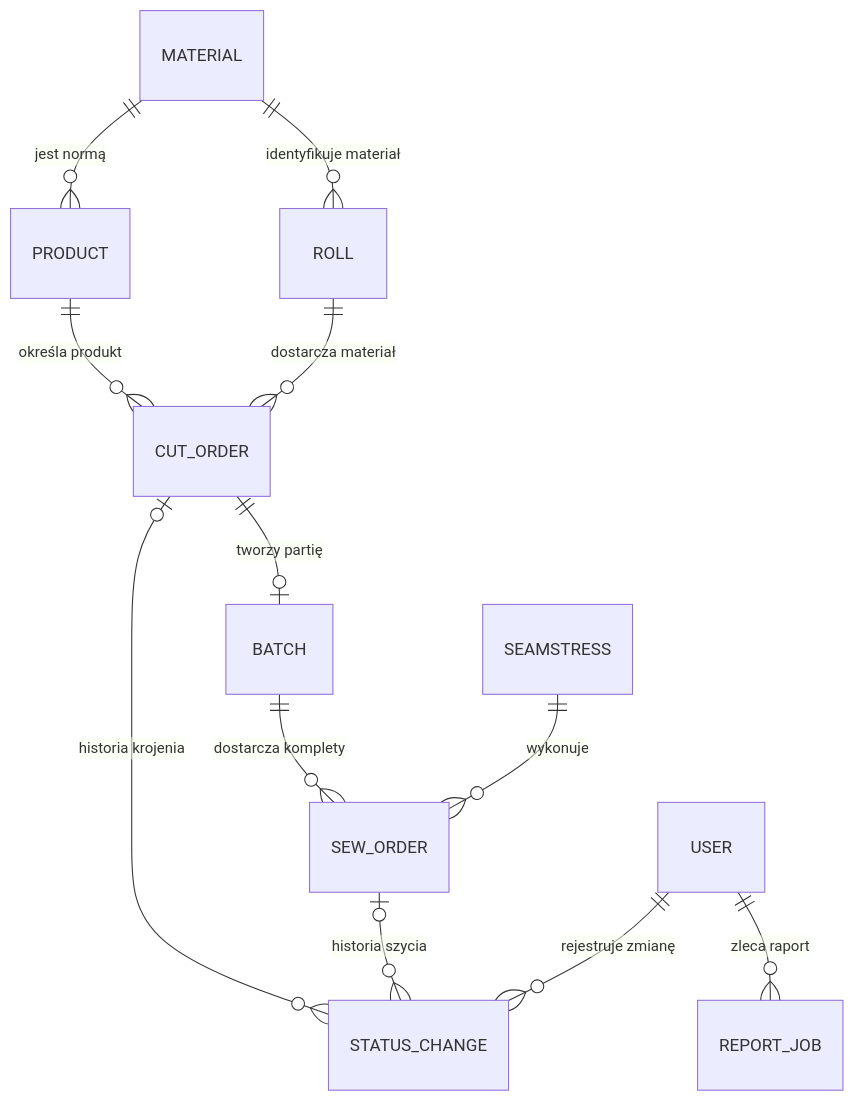
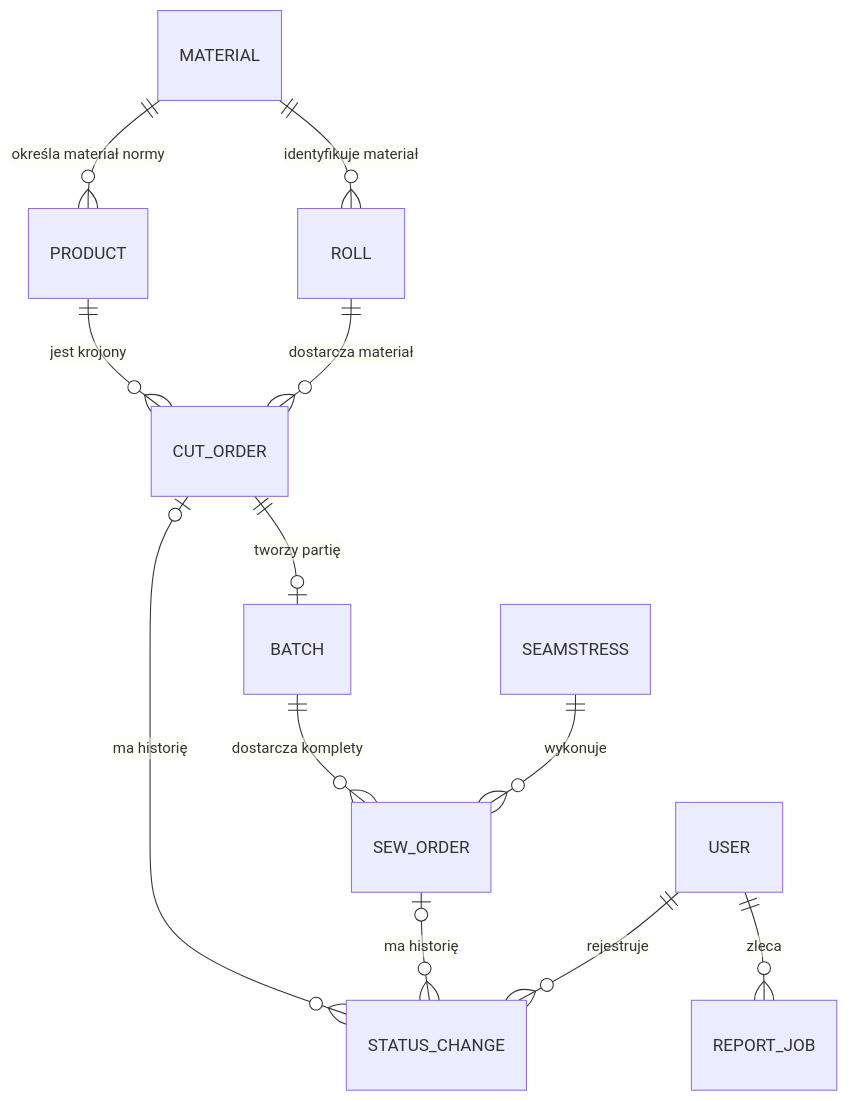
The second of 2 diagrams in README.md (Holingo/System-Zarzadzania-Szwalnia-IO), drawn with Mermaid before and after one commit. The commit also changed other lines of this file and 38 other files, not shown here.

````diff
--- a/README.md
+++ b/README.md
@@ -59,14 +88,14 @@
 ```mermaid
 erDiagram
-    MATERIAL ||--o{ PRODUCT : "jest normą"
+    MATERIAL ||--o{ PRODUCT : "określa materiał normy"
     MATERIAL ||--o{ ROLL : "identyfikuje materiał"
-    PRODUCT ||--o{ CUT_ORDER : "określa produkt"
+    PRODUCT ||--o{ CUT_ORDER : "jest krojony"
     ROLL ||--o{ CUT_ORDER : "dostarcza materiał"
     CUT_ORDER ||--o| BATCH : "tworzy partię"
     BATCH ||--o{ SEW_ORDER : "dostarcza komplety"
     SEAMSTRESS ||--o{ SEW_ORDER : "wykonuje"
-    CUT_ORDER o|--o{ STATUS_CHANGE : "historia krojenia"
-    SEW_ORDER o|--o{ STATUS_CHANGE : "historia szycia"
-    USER ||--o{ STATUS_CHANGE : "rejestruje zmianę"
-    USER ||--o{ REPORT_JOB : "zleca raport"
+    CUT_ORDER o|--o{ STATUS_CHANGE : "ma historię"
+    SEW_ORDER o|--o{ STATUS_CHANGE : "ma historię"
+    USER ||--o{ STATUS_CHANGE : "rejestruje"
+    USER ||--o{ REPORT_JOB : "zleca"
 ```
````
